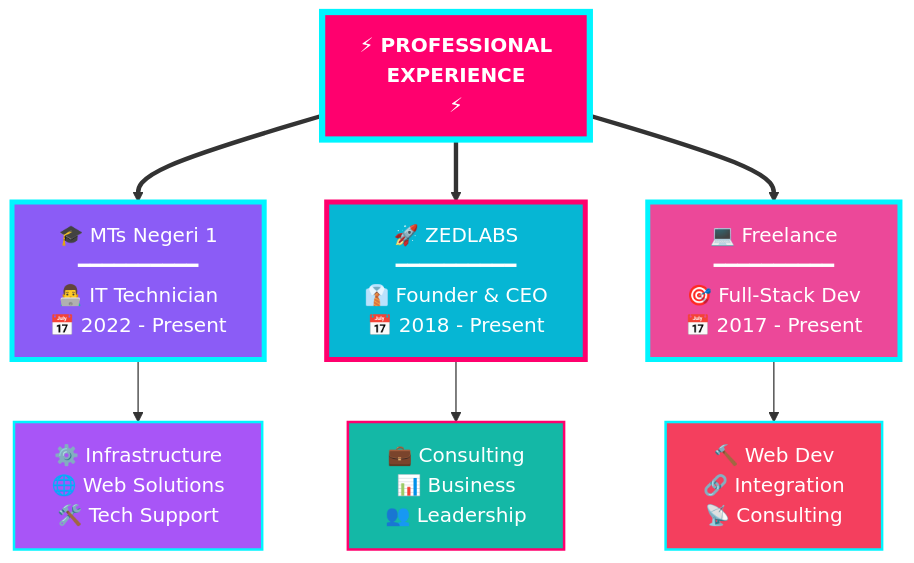
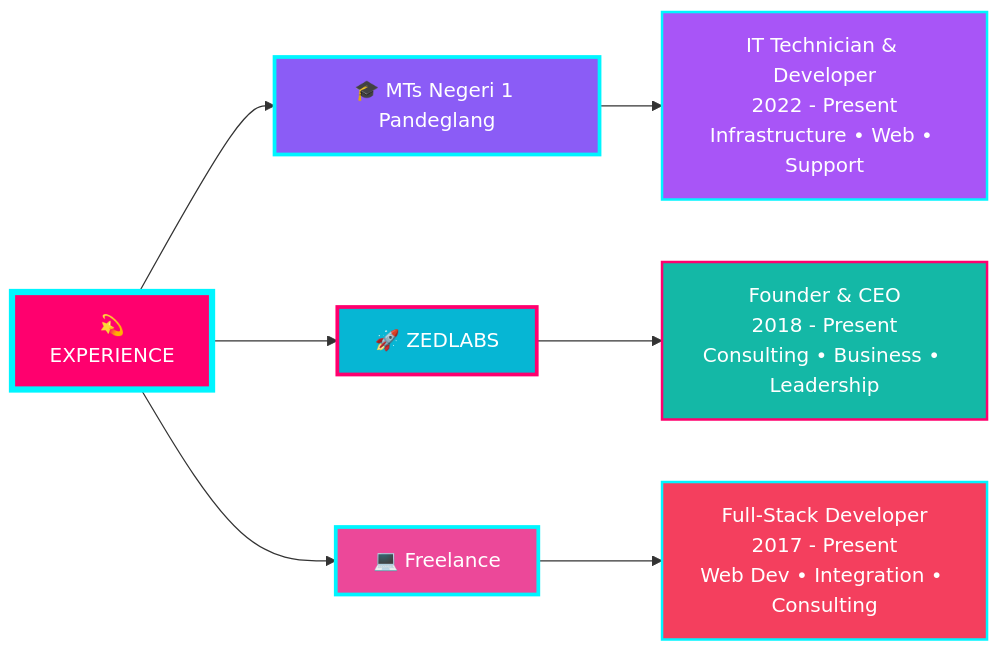
Before and after one commit to zulfikriyahya/zulfikriyahya: the second of 2 diagrams in README.mdx, drawn with Mermaid.

````diff
--- a/README.mdx
+++ b/README.mdx
@@ -156,28 +156,29 @@
 ```mermaid
-graph TD
-    ROOT["⚡ PROFESSIONAL<br/>EXPERIENCE<br/>⚡"]
+graph LR
+    START["💫<br/>EXPERIENCE"]
 
-    A["🎓 MTs Negeri 1<br/>━━━━━━━━━━<br/>👨‍💻 IT Technician<br/>📅 2022 - Present"]
-    A1["⚙️ Infrastructure<br/>🌐 Web Solutions<br/>🛠️ Tech Support"]
+    A["🎓 MTs Negeri 1 Pandeglang"]
+    A1["IT Technician & Developer<br/>2022 - Present<br/>Infrastructure • Web • Support"]
 
-    B["🚀 ZEDLABS<br/>━━━━━━━━━━<br/>👔 Founder & CEO<br/>📅 2018 - Present"]
-    B1["💼 Consulting<br/>📊 Business<br/>👥 Leadership"]
+    B["🚀 ZEDLABS"]
+    B1["Founder & CEO<br/>2018 - Present<br/>Consulting • Business • Leadership"]
 
-    C["💻 Freelance<br/>━━━━━━━━━━<br/>🎯 Full-Stack Dev<br/>📅 2017 - Present"]
-    C1["🔨 Web Dev<br/>🔗 Integration<br/>📡 Consulting"]
+    C["💻 Freelance"]
+    C1["Full-Stack Developer<br/>2017 - Present<br/>Web Dev • Integration • Consulting"]
 
-    ROOT ==> A
-    ROOT ==> B
-    ROOT ==> C
+    START --> A
+    START --> B
+    START --> C
+
     A --> A1
     B --> B1
     C --> C1
 
-    style ROOT fill:#FF006E,stroke:#00F5FF,stroke-width:5px,color:#fff,font-weight:bold
-    style A fill:#8B5CF6,stroke:#00F5FF,stroke-width:4px,color:#fff
-    style B fill:#06B6D4,stroke:#FF006E,stroke-width:4px,color:#fff
-    style C fill:#EC4899,stroke:#00F5FF,stroke-width:4px,color:#fff
+    style START fill:#FF006E,stroke:#00F5FF,stroke-width:5px,color:#fff
+    style A fill:#8B5CF6,stroke:#00F5FF,stroke-width:3px,color:#fff
+    style B fill:#06B6D4,stroke:#FF006E,stroke-width:3px,color:#fff
+    style C fill:#EC4899,stroke:#00F5FF,stroke-width:3px,color:#fff
     style A1 fill:#A855F7,stroke:#00F5FF,stroke-width:2px,color:#fff
     style B1 fill:#14B8A6,stroke:#FF006E,stroke-width:2px,color:#fff
     style C1 fill:#F43F5E,stroke:#00F5FF,stroke-width:2px,color:#fff
 ```
````
